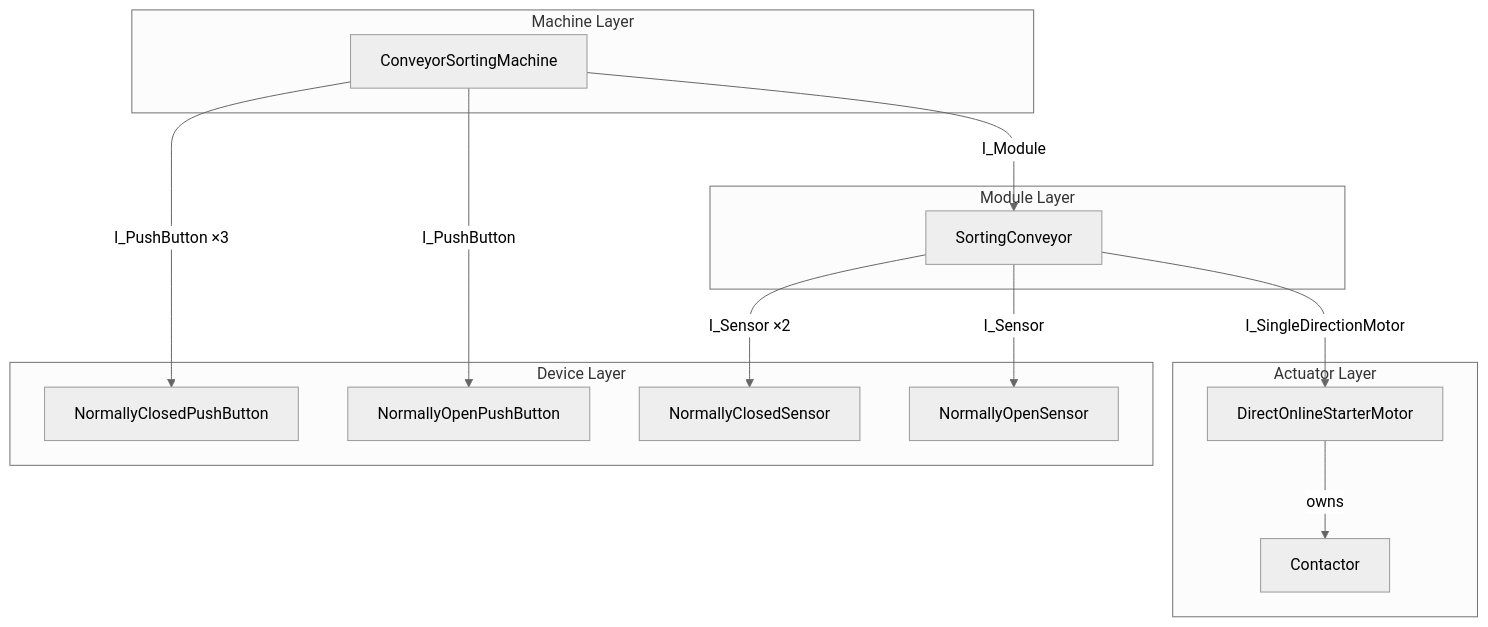
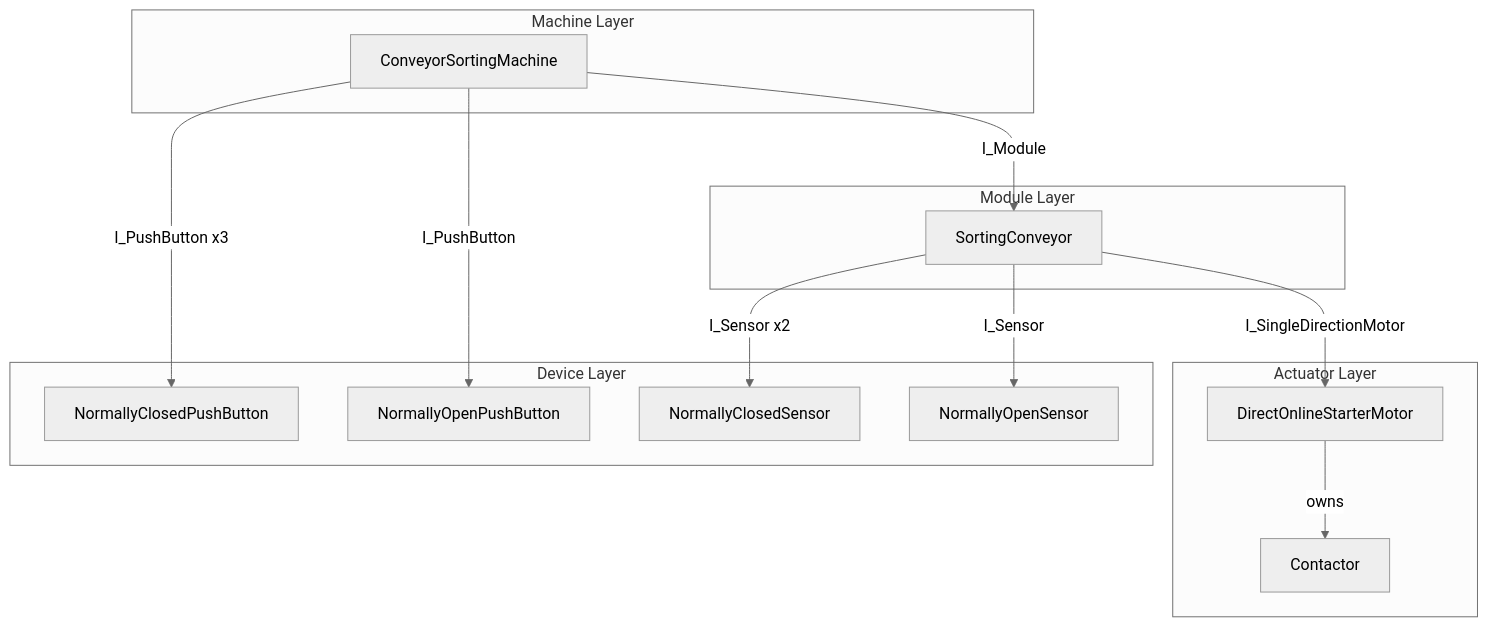
Before and after one commit to BABE-KimR/TC1200-PLC.training.OOP.plc: the first of 3 diagrams in doc/code-reference.md, drawn with Mermaid (neutral theme). The commit also changed other lines of this file, not shown here.

````diff
--- a/doc/code-reference.md
+++ b/doc/code-reference.md
@@ -82,27 +82,27 @@
 ```mermaid
 graph TB
-    subgraph Machine Layer
-        CSM["ConveyorSortingMachine"]
+    subgraph "Machine Layer"
+        CSM[ConveyorSortingMachine]
     end
-    subgraph Module Layer
-        SC["SortingConveyor"]
+    subgraph "Module Layer"
+        SC[SortingConveyor]
     end
-    subgraph Actuator Layer
-        DOL["DirectOnlineStarterMotor"]
-        C["Contactor"]
+    subgraph "Actuator Layer"
+        DOL[DirectOnlineStarterMotor]
+        C[Contactor]
     end
-    subgraph Device Layer
-        NCPB["NormallyClosedPushButton"]
-        NOPB["NormallyOpenPushButton"]
-        NCS["NormallyClosedSensor"]
-        NOS["NormallyOpenSensor"]
+    subgraph "Device Layer"
+        NCPB[NormallyClosedPushButton]
+        NOPB[NormallyOpenPushButton]
+        NCS[NormallyClosedSensor]
+        NOS[NormallyOpenSensor]
     end
 
-    CSM -->|I_PushButton ×3| NCPB
-    CSM -->|I_PushButton| NOPB
-    CSM -->|I_Module| SC
-    SC -->|I_Sensor ×2| NCS
-    SC -->|I_Sensor| NOS
-    SC -->|I_SingleDirectionMotor| DOL
-    DOL -->|owns| C
+    CSM -->|"I_PushButton x3"| NCPB
+    CSM -->|"I_PushButton"| NOPB
+    CSM -->|"I_Module"| SC
+    SC -->|"I_Sensor x2"| NCS
+    SC -->|"I_Sensor"| NOS
+    SC -->|"I_SingleDirectionMotor"| DOL
+    DOL -->|"owns"| C
 ```
````
